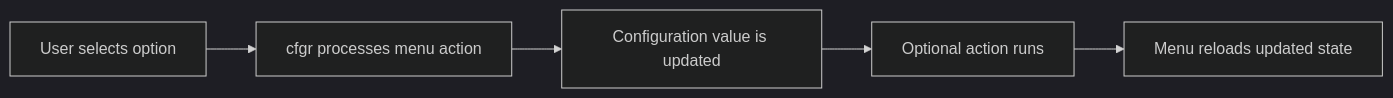
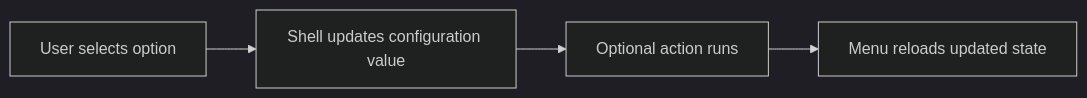
Before and after one commit to shvedes/vibranium: the second of 2 diagrams in docs/understanding/how-it-works.md, drawn with Mermaid (dark theme). The commit also changed other lines of this file and 1271 other files, not shown here.

````diff
--- a/docs/understanding/how-it-works.md
+++ b/docs/understanding/how-it-works.md
@@ -90,7 +75,6 @@
 ```mermaid
 flowchart LR
-    A[User selects option] --> B[cfgr processes menu action]
-    B --> C[Configuration value is updated]
-    C --> D[Optional action runs]
-    D --> E[Menu reloads updated state]
+    A[User selects option] --> B[Shell updates configuration value]
+    B --> C[Optional action runs]
+    C --> D[Menu reloads updated state]
 ```
````
